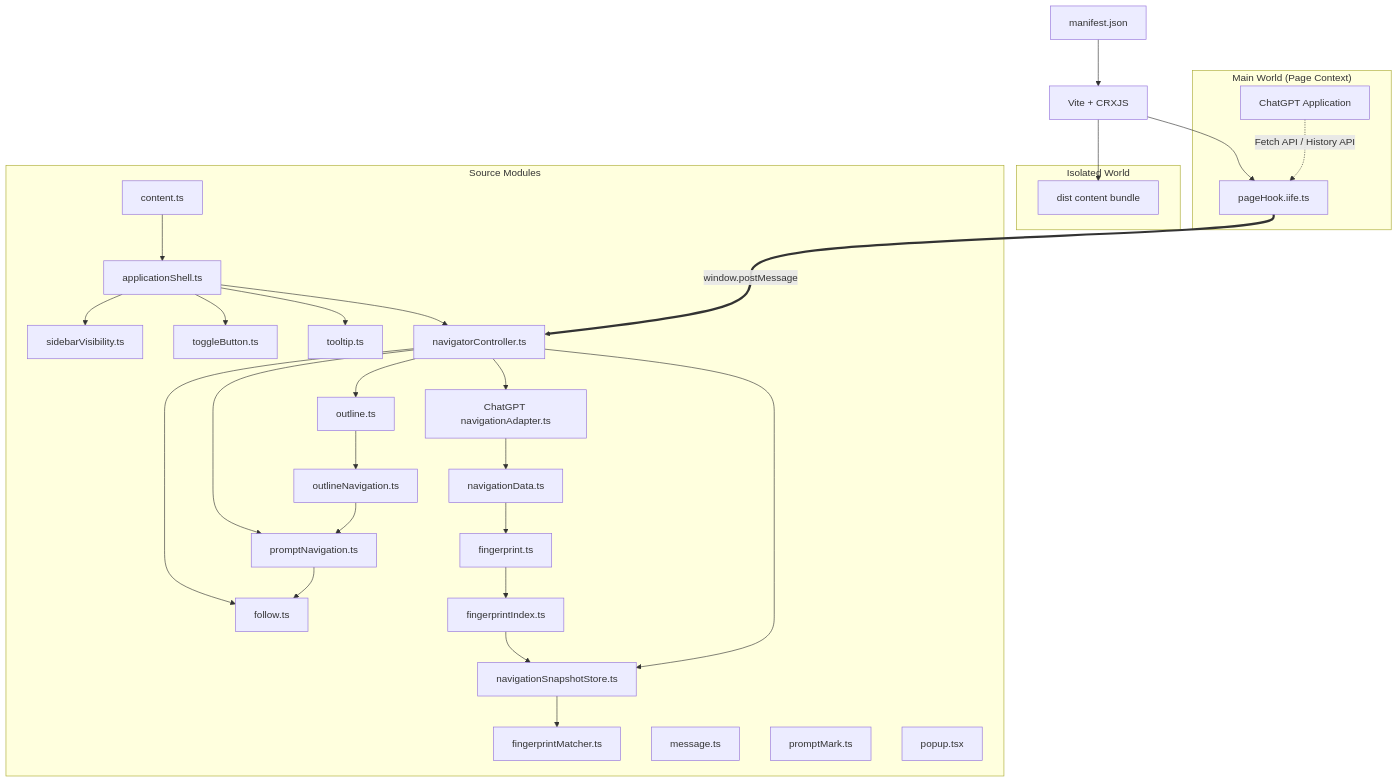
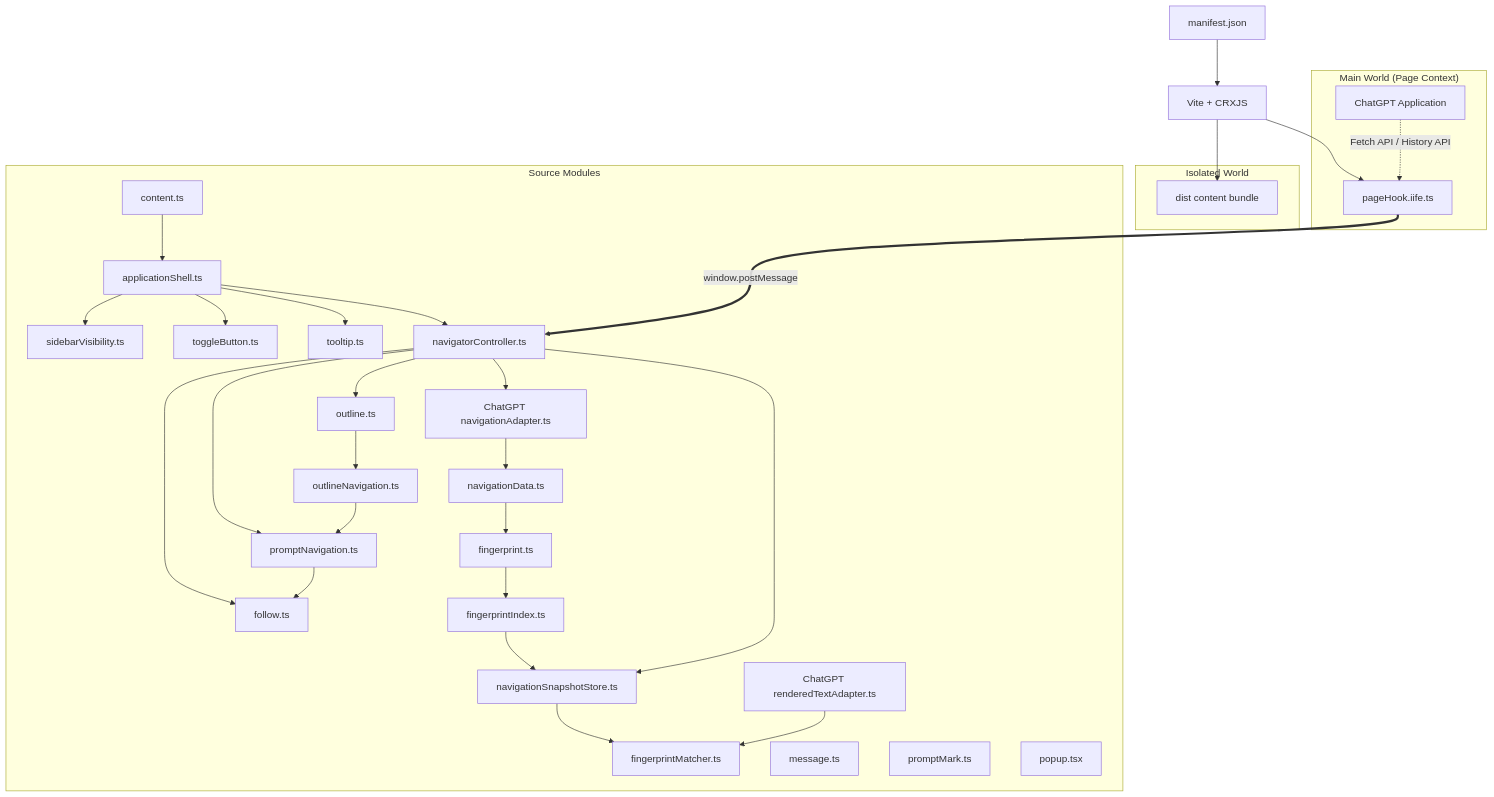
The diagram in docs/ARCHITECTURE.md (Leo7805/luna-toc), drawn with Mermaid before and after one commit. The commit also changed other lines of this file and 7 other files, not shown here.

Commit message:
feat(chatgpt): adapt rendered assistant text for navigation

````diff
--- a/docs/ARCHITECTURE.md
+++ b/docs/ARCHITECTURE.md
@@ -15,60 +15,62 @@
 ```mermaid
 graph TD
     manifest[manifest.json]
     vite[Vite + CRXJS]
 
     subgraph sourceModules["Source Modules"]
         content[content.ts]
         outline[outline.ts]
         outlineNavigation[outlineNavigation.ts]
         follow[follow.ts]
         promptNavigation[promptNavigation.ts]
         navigationData[navigationData.ts]
         fingerprint[fingerprint.ts]
         fingerprintIndex[fingerprintIndex.ts]
         fingerprintMatcher[fingerprintMatcher.ts]
         snapshotStore[navigationSnapshotStore.ts]
         chatGptAdapter[ChatGPT navigationAdapter.ts]
+        chatGptRenderedText[ChatGPT renderedTextAdapter.ts]
         msg[message.ts]
         mark[promptMark.ts]
         vis[sidebarVisibility.ts]
         btn[toggleButton.ts]
         tip[tooltip.ts]
         navigator[navigatorController.ts]
         shell[applicationShell.ts]
         popup[popup.tsx]
     end
 
     subgraph isolatedWorld["Isolated World"]
         contentBundle[dist content bundle]
     end
 
     subgraph mainWorld["Main World (Page Context)"]
         hook[pageHook.iife.ts]
         chatgpt[ChatGPT Application]
     end
 
     manifest --> vite
     content --> shell
     shell --> navigator
     shell --> vis
     shell --> btn
     shell --> tip
     navigator --> outline
     navigator --> promptNavigation
     chatGptAdapter --> navigationData
     navigationData --> fingerprint
     fingerprint --> fingerprintIndex
     fingerprintIndex --> snapshotStore
     snapshotStore --> fingerprintMatcher
     navigator --> snapshotStore
     navigator --> chatGptAdapter
+    chatGptRenderedText --> fingerprintMatcher
     navigator --> follow
     outline --> outlineNavigation
     outlineNavigation --> promptNavigation
     promptNavigation --> follow
     vite --> contentBundle
     vite --> hook
     hook ===>|window.postMessage| navigator
     chatgpt -.->|Fetch API / History API| hook
 ```
````
